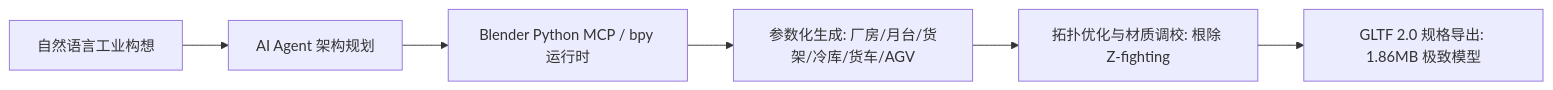
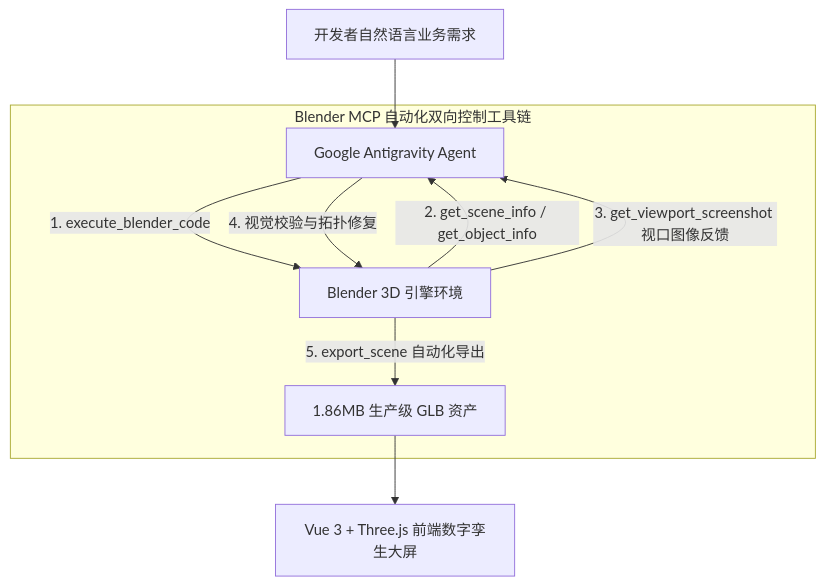
The diagram in docs/juejin_article.md (Xxcool/smart-warehouse), drawn with Mermaid before and after one commit. The commit also changed other lines of this file, not shown here.

Commit message:
docs: highlight Antigravity and Blender MCP automated modeling workflow

````diff
--- a/docs/juejin_article.md
+++ b/docs/juejin_article.md
@@ -28,8 +30,12 @@
 ```mermaid
-flowchart LR
-    A[自然语言工业构想] --> B[AI Agent 架构规划]
-    B --> C[Blender Python MCP / bpy 运行时]
-    C --> D[参数化生成: 厂房/月台/货架/冷库/货车/AGV]
-    D --> E[拓扑优化与材质调校: 根除 Z-fighting]
-    E --> F[GLTF 2.0 规格导出: 1.86MB 极致模型]
+flowchart TD
+    A[开发者自然语言业务需求] --> B[Google Antigravity Agent]
+    subgraph Blender_MCP_Tools [Blender MCP 自动化双向控制工具链]
+        B -->|1. execute_blender_code| C[Blender 3D 引擎环境]
+        C -->|2. get_scene_info / get_object_info| B
+        C -->|3. get_viewport_screenshot 视口图像反馈| B
+        B -->|4. 视觉校验与拓扑修复| C
+        C -->|5. export_scene 自动化导出| D[1.86MB 生产级 GLB 资产]
+    end
+    D --> E[Vue 3 + Three.js 前端数字孪生大屏]
 ```
````
